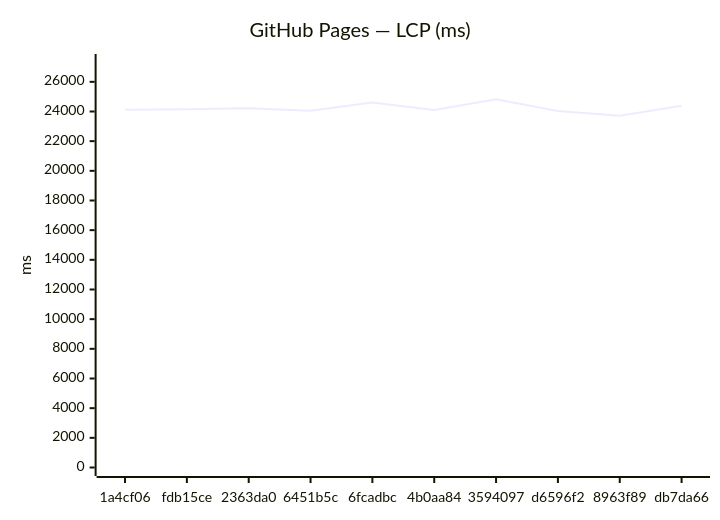
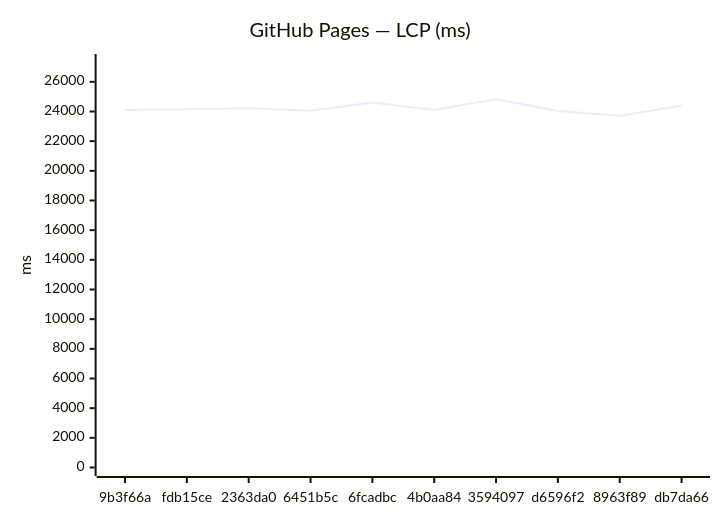
Before and after one commit to Metaheurist/Rianell: the third of 12 diagrams in benchmarks/compare.md, drawn with Mermaid. The commit also changed other lines of this file and 8 other files, not shown here.

````diff
--- a/benchmarks/compare.md
+++ b/benchmarks/compare.md
@@ -54,7 +54,7 @@
 ```mermaid
 xychart-beta
     title "GitHub Pages — LCP (ms)"
-    x-axis ["1a4cf06", "fdb15ce", "2363da0", "6451b5c", "6fcadbc", "4b0aa84", "3594097", "d6596f2", "8963f89", "db7da66"]
+    x-axis ["9b3f66a", "fdb15ce", "2363da0", "6451b5c", "6fcadbc", "4b0aa84", "3594097", "d6596f2", "8963f89", "db7da66"]
     y-axis "ms" 0 --> 27303
-    line [24125, 24144, 24218, 24056, 24599, 24101, 24820, 24030, 23715, 24380]
+    line [24100, 24144, 24218, 24056, 24599, 24101, 24820, 24030, 23715, 24380]
 ```
````
